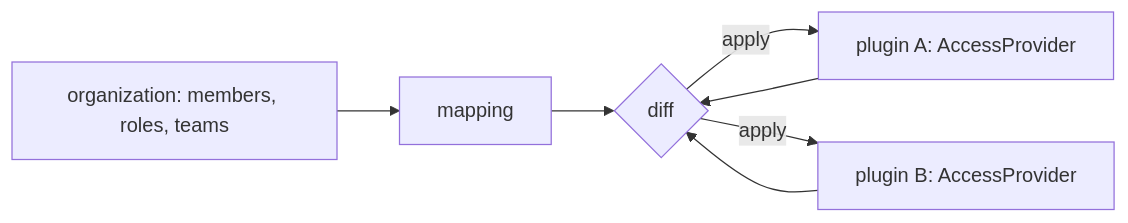
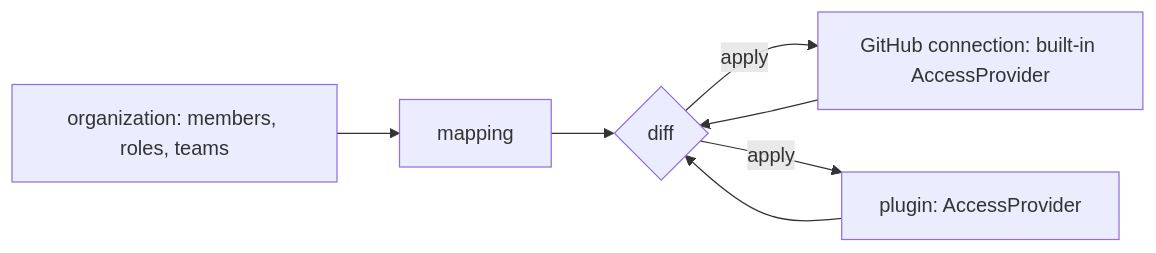
The diagram in docs/concept_service_access.md (actionplatform/action-platform), drawn with Mermaid before and after one commit. The commit also changed other lines of this file and 6 other files, not shown here.

Commit message:
docs(access): GitHub access is part of the platform

````diff
--- a/docs/concept_service_access.md
+++ b/docs/concept_service_access.md
@@ -7,8 +7,8 @@
 ```mermaid
 flowchart LR
     P[organization: members, roles, teams] --> M[mapping]
     M --> D{diff}
-    A[plugin A: AccessProvider] --> D
-    B[plugin B: AccessProvider] --> D
-    D -->|apply| A & B
+    G[GitHub connection: built-in AccessProvider] --> D
+    A[plugin: AccessProvider] --> D
+    D -->|apply| G & A
 ```
````
